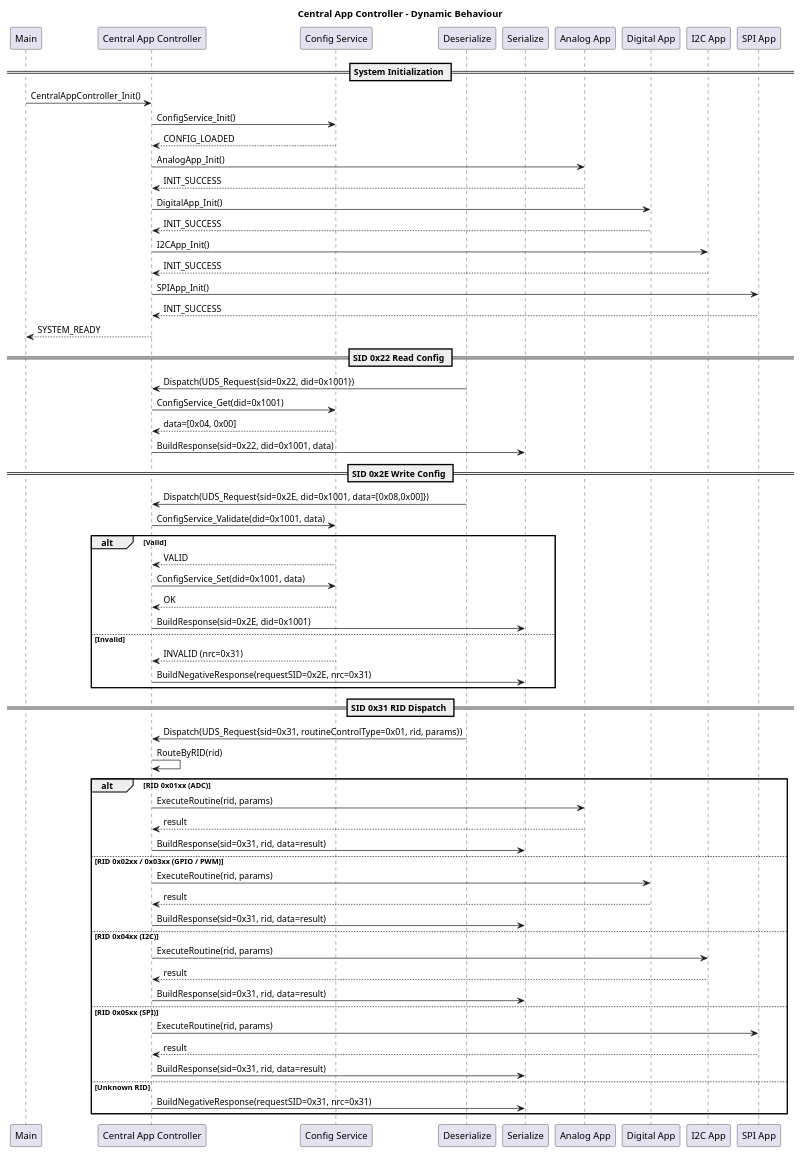
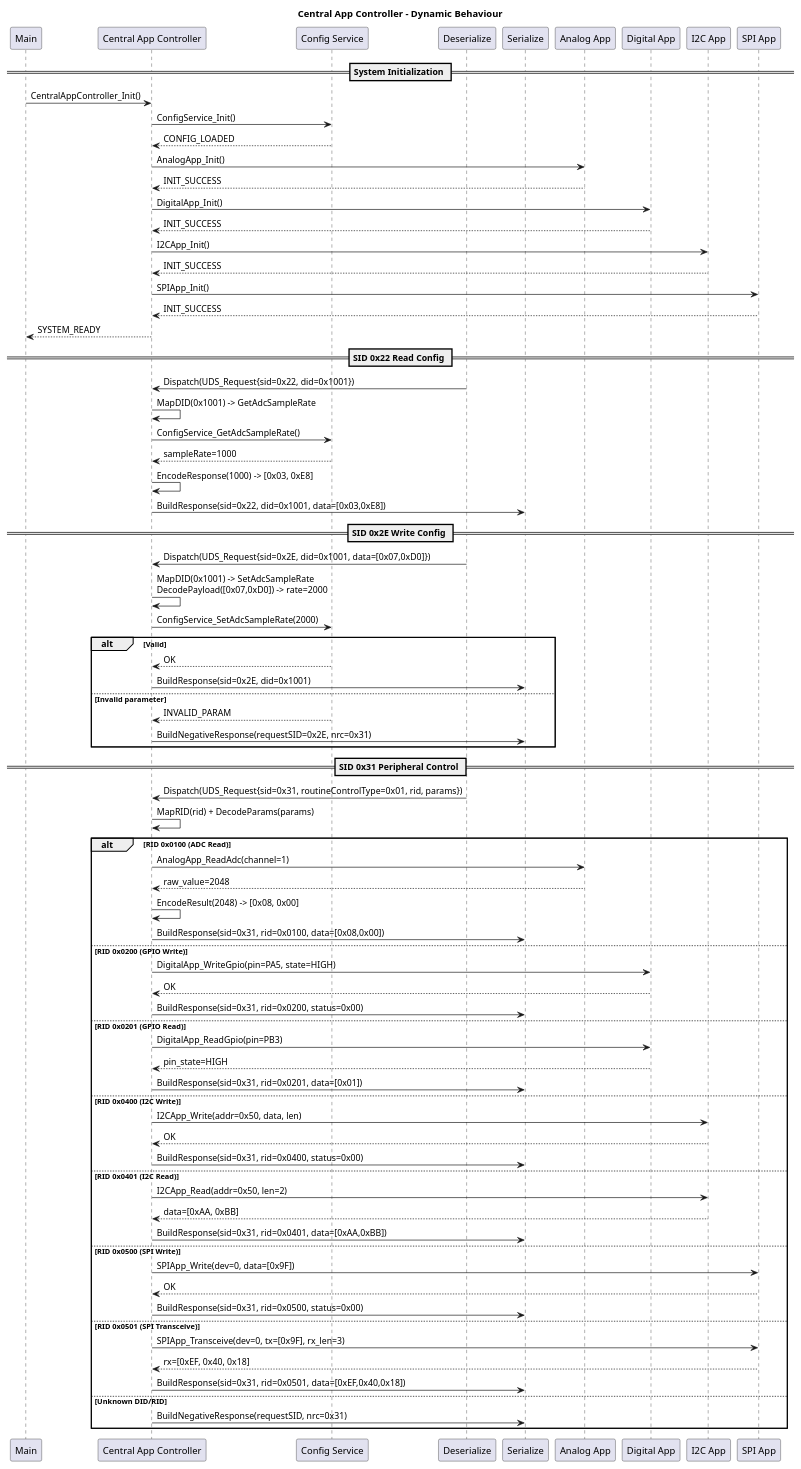
The diagram in 2_architecture/fucntionView/layer3Application/centralAppController/dynamicBehaviour.puml (LinhTrucVo/Bico_Protocol_Bridge), drawn with PlantUML before and after one commit. The commit also changed 19 other files, not shown here.

First line of the commit message:
Central App Controller now owns all DID/RID mapping and converts UDS requests into typed API calls for downstream modules. ConfigService, SerialToXxxApp modules no longer have any UDS/DID/RID awareness — they expose plain typed APIs (e.g. ReadAdc(ch), WriteGpio(pin, state), SetAdcSampleRate(rate)).

```diff
--- a/2_architecture/fucntionView/layer3Application/centralAppController/dynamicBehaviour.puml
+++ b/2_architecture/fucntionView/layer3Application/centralAppController/dynamicBehaviour.puml
@@ -1,75 +1,92 @@
 @startuml
 title Central App Controller - Dynamic Behaviour
 
 participant "Main" as MAIN
 participant "Central App Controller" as CAC
 participant "Config Service" as CS
 participant "Deserialize" as DES
 participant "Serialize" as SER
 participant "Analog App" as AA
 participant "Digital App" as DA
 participant "I2C App" as I2C
 participant "SPI App" as SPI
 
 == System Initialization ==
 MAIN -> CAC : CentralAppController_Init()
 CAC -> CS : ConfigService_Init()
 CS --> CAC : CONFIG_LOADED
 CAC -> AA : AnalogApp_Init()
 AA --> CAC : INIT_SUCCESS
 CAC -> DA : DigitalApp_Init()
 DA --> CAC : INIT_SUCCESS
 CAC -> I2C : I2CApp_Init()
 I2C --> CAC : INIT_SUCCESS
 CAC -> SPI : SPIApp_Init()
 SPI --> CAC : INIT_SUCCESS
 CAC --> MAIN : SYSTEM_READY
 
 == SID 0x22 Read Config ==
 DES -> CAC : Dispatch(UDS_Request{sid=0x22, did=0x1001})
-CAC -> CS : ConfigService_Get(did=0x1001)
-CS --> CAC : data=[0x04, 0x00]
-CAC -> SER : BuildResponse(sid=0x22, did=0x1001, data)
+CAC -> CAC : MapDID(0x1001) -> GetAdcSampleRate
+CAC -> CS : ConfigService_GetAdcSampleRate()
+CS --> CAC : sampleRate=1000
+CAC -> CAC : EncodeResponse(1000) -> [0x03, 0xE8]
+CAC -> SER : BuildResponse(sid=0x22, did=0x1001, data=[0x03,0xE8])
 
 == SID 0x2E Write Config ==
-DES -> CAC : Dispatch(UDS_Request{sid=0x2E, did=0x1001, data=[0x08,0x00]})
-CAC -> CS : ConfigService_Validate(did=0x1001, data)
+DES -> CAC : Dispatch(UDS_Request{sid=0x2E, did=0x1001, data=[0x07,0xD0]})
+CAC -> CAC : MapDID(0x1001) -> SetAdcSampleRate\nDecodePayload([0x07,0xD0]) -> rate=2000
+CAC -> CS : ConfigService_SetAdcSampleRate(2000)
 alt Valid
-    CS --> CAC : VALID
-    CAC -> CS : ConfigService_Set(did=0x1001, data)
     CS --> CAC : OK
     CAC -> SER : BuildResponse(sid=0x2E, did=0x1001)
-else Invalid
-    CS --> CAC : INVALID (nrc=0x31)
+else Invalid parameter
+    CS --> CAC : INVALID_PARAM
     CAC -> SER : BuildNegativeResponse(requestSID=0x2E, nrc=0x31)
 end
 
-== SID 0x31 RID Dispatch ==
+== SID 0x31 Peripheral Control ==
 DES -> CAC : Dispatch(UDS_Request{sid=0x31, routineControlType=0x01, rid, params})
-CAC -> CAC : RouteByRID(rid)
+CAC -> CAC : MapRID(rid) + DecodeParams(params)
 
-alt RID 0x01xx (ADC)
-    CAC -> AA : ExecuteRoutine(rid, params)
-    AA --> CAC : result
-    CAC -> SER : BuildResponse(sid=0x31, rid, data=result)
+alt RID 0x0100 (ADC Read)
+    CAC -> AA : AnalogApp_ReadAdc(channel=1)
+    AA --> CAC : raw_value=2048
+    CAC -> CAC : EncodeResult(2048) -> [0x08, 0x00]
+    CAC -> SER : BuildResponse(sid=0x31, rid=0x0100, data=[0x08,0x00])
 
-else RID 0x02xx / 0x03xx (GPIO / PWM)
-    CAC -> DA : ExecuteRoutine(rid, params)
-    DA --> CAC : result
-    CAC -> SER : BuildResponse(sid=0x31, rid, data=result)
+else RID 0x0200 (GPIO Write)
+    CAC -> DA : DigitalApp_WriteGpio(pin=PA5, state=HIGH)
+    DA --> CAC : OK
+    CAC -> SER : BuildResponse(sid=0x31, rid=0x0200, status=0x00)
 
-else RID 0x04xx (I2C)
-    CAC -> I2C : ExecuteRoutine(rid, params)
-    I2C --> CAC : result
-    CAC -> SER : BuildResponse(sid=0x31, rid, data=result)
+else RID 0x0201 (GPIO Read)
+    CAC -> DA : DigitalApp_ReadGpio(pin=PB3)
+    DA --> CAC : pin_state=HIGH
+    CAC -> SER : BuildResponse(sid=0x31, rid=0x0201, data=[0x01])
 
-else RID 0x05xx (SPI)
-    CAC -> SPI : ExecuteRoutine(rid, params)
-    SPI --> CAC : result
-    CAC -> SER : BuildResponse(sid=0x31, rid, data=result)
+else RID 0x0400 (I2C Write)
+    CAC -> I2C : I2CApp_Write(addr=0x50, data, len)
+    I2C --> CAC : OK
+    CAC -> SER : BuildResponse(sid=0x31, rid=0x0400, status=0x00)
 
-else Unknown RID
-    CAC -> SER : BuildNegativeResponse(requestSID=0x31, nrc=0x31)
+else RID 0x0401 (I2C Read)
+    CAC -> I2C : I2CApp_Read(addr=0x50, len=2)
+    I2C --> CAC : data=[0xAA, 0xBB]
+    CAC -> SER : BuildResponse(sid=0x31, rid=0x0401, data=[0xAA,0xBB])
+
+else RID 0x0500 (SPI Write)
+    CAC -> SPI : SPIApp_Write(dev=0, data=[0x9F])
+    SPI --> CAC : OK
+    CAC -> SER : BuildResponse(sid=0x31, rid=0x0500, status=0x00)
+
+else RID 0x0501 (SPI Transceive)
+    CAC -> SPI : SPIApp_Transceive(dev=0, tx=[0x9F], rx_len=3)
+    SPI --> CAC : rx=[0xEF, 0x40, 0x18]
+    CAC -> SER : BuildResponse(sid=0x31, rid=0x0501, data=[0xEF,0x40,0x18])
+
+else Unknown DID/RID
+    CAC -> SER : BuildNegativeResponse(requestSID, nrc=0x31)
 end
 
 @enduml
```
